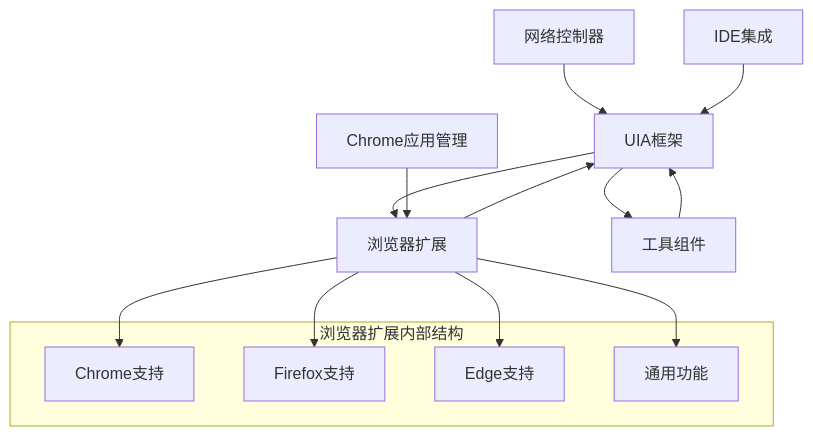
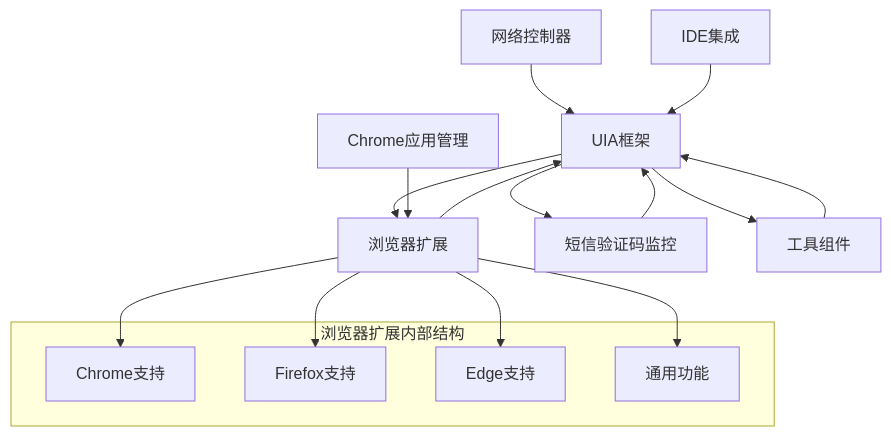
One commit to wangys-123doit/hotkey changed diagram 17 of 17 in .qoder/repowiki/zh/content/核心功能/UI自动化框架.md. Above: the diagram before and after it, drawn with Mermaid. The commit also changed other lines of this file and 4 other files, not shown here.

````diff
--- a/.qoder/repowiki/zh/content/核心功能/UI自动化框架.md
+++ b/.qoder/repowiki/zh/content/核心功能/UI自动化框架.md
@@ -565,20 +673,22 @@
 ```mermaid
 graph TD
 UIA_Framework[UIA框架] --> Browser_Extension[浏览器扩展]
+UIA_Framework --> SMS_Watcher[短信验证码监控]
 UIA_Framework --> Utils[工具组件]
 Browser_Extension --> UIA_Framework
+SMS_Watcher --> UIA_Framework
 Utils --> UIA_Framework
 NetworkCtrl[网络控制器] --> UIA_Framework
 IDE_Integration[IDE集成] --> UIA_Framework
 ChromeMgr[Chrome应用管理] --> Browser_Extension
 subgraph "浏览器扩展内部结构"
 Chrome[Chrome支持]
 Firefox[Firefox支持]
 Edge[Edge支持]
 Common[通用功能]
 end
 Browser_Extension --> Chrome
 Browser_Extension --> Firefox
 Browser_Extension --> Edge
 Browser_Extension --> Common
 ```
````
